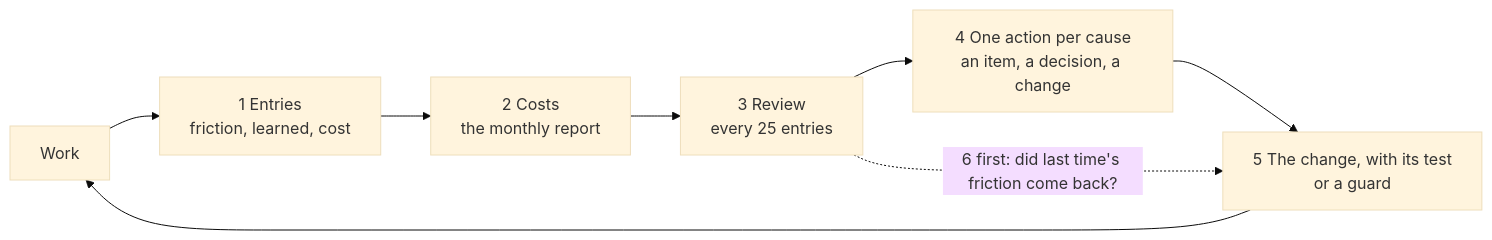
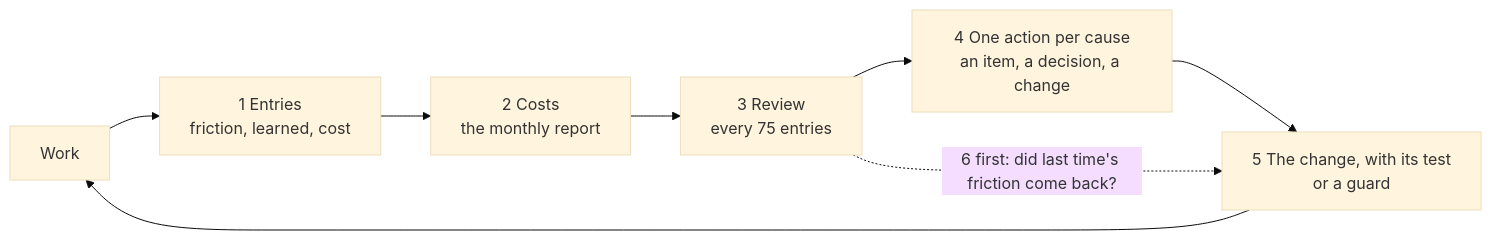
Before and after one commit to nabil-becker/devcontainer-features: the fourth of 4 diagrams in PROCESS.md, drawn with Mermaid (base theme). The commit also changed other lines of this file and 14 other files, not shown here.

````diff
--- a/PROCESS.md
+++ b/PROCESS.md
@@ -132,10 +132,10 @@
 ```mermaid
 flowchart LR
   work["Work"] --> entries["1 Entries<br/>friction, learned, cost"]
   entries --> costs["2 Costs<br/>the monthly report"]
-  costs --> review["3 Review<br/>every 25 entries"]
+  costs --> review["3 Review<br/>every 75 entries"]
   review --> backlog["4 One action per cause<br/>an item, a decision, a change"]
   backlog --> change["5 The change, with its test<br/>or a guard"]
   change --> work
   review -.->|"6 first: did last time's friction come back?"| change
 ```
````
